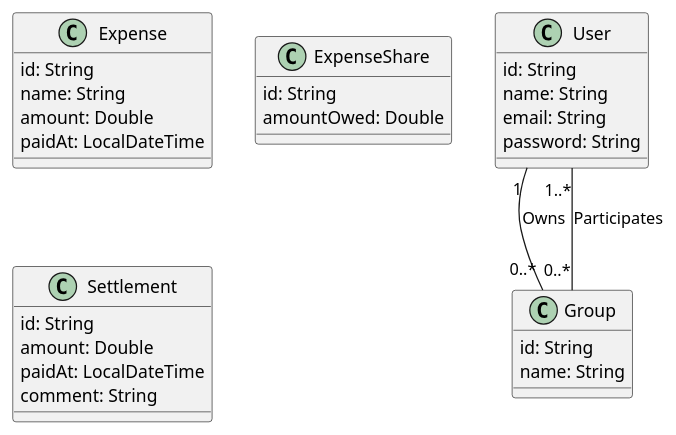
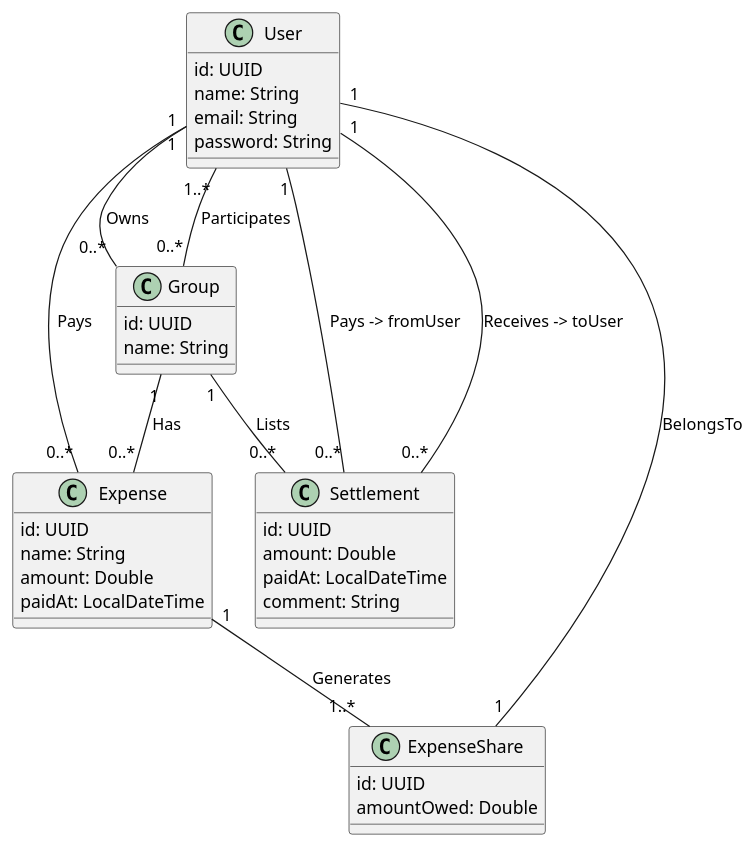
The diagram in assets/class_diagram.puml (mlangumier/project-rest-api), drawn with PlantUML before and after one commit. The commit also changed 8 other files, not shown here.

```diff
--- a/assets/class_diagram.puml
+++ b/assets/class_diagram.puml
@@ -1,48 +1,46 @@
 @startuml
 
 class User {
-    id: String
+    id: UUID
     name: String
     email: String
     password: String
-'    expenses: List<Expense>
 }
 
 class Group {
-    id: String
+    id: UUID
     name: String
 }
 
 class Expense {
-    id: String
+    id: UUID
     name: String
     amount: Double
     paidAt: LocalDateTime
-'    group: Group
-'    paidBy: User
-'    shares: List<ExpenseShare>
 }
+
 class ExpenseShare {
-    id: String
+    id: UUID
     amountOwed: Double
-'    user: User
-'    expense: Expense
 }
 
 class Settlement {
-    id: String
+    id: UUID
     amount: Double
     paidAt: LocalDateTime
     comment: String
-'    group: Group
-'    fromUser: User
-'    toUser: User
 }
 
 User "1" -- "0..*" Group: Owns
 User "1..*" -- "0..*" Group: Participates
 
-'Group "1" -- "0..*" Transaction: Hosts
-'User "1..*" -- "0..*" Transaction: Pays
+Group "1" -- "0..*" Expense: Has
+User "1" -- "0..*" Expense: Pays
+Expense "1" -- "1..*" ExpenseShare: Generates
+ExpenseShare "1" -- "1" User: BelongsTo
+
+User "1" -- "0..*" Settlement: Pays -> fromUser
+User "1" -- "0..*" Settlement: Receives -> toUser
+Group "1" -- "0..*" Settlement: Lists
 
 @enduml
```
